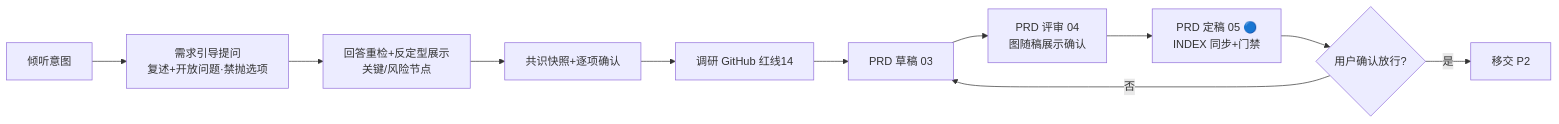
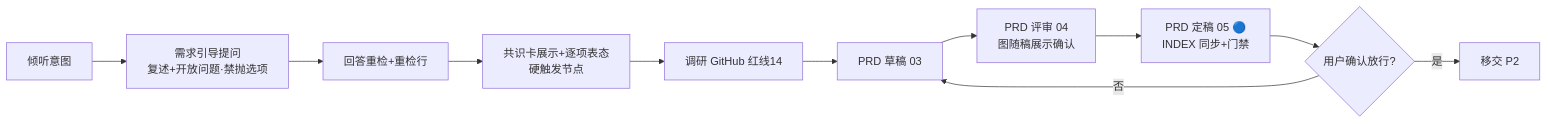
One commit to The-Daybreaker/project-spec changed the second of 14 diagrams in docs/FLOW.md. Above: the diagram before and after it, drawn with Mermaid. The commit also changed other lines of this file and 32 other files, not shown here.

Commit message:
feat(P3.5-P3.9): 测试模块+措辞扫描+共识卡+路线图+校验链 - PHASES测试子阶段、TEST-REPORT双区、scan_defensive双档、共识卡锚点断言、ROADMAP分层、smoke_init扩展全绿

````diff
--- a/docs/FLOW.md
+++ b/docs/FLOW.md
@@ -35,13 +35,13 @@
 ```mermaid
 flowchart LR
     A[倾听意图] --> B[需求引导提问<br/>复述+开放问题·禁抛选项]
-    B --> C[回答重检+反定型展示<br/>关键/风险节点]
-    C --> D[共识快照+逐项确认]
+    B --> C[回答重检+重检行]
+    C --> D[共识卡展示+逐项表态<br/>硬触发节点]
     D --> E[调研 GitHub 红线14]
     E --> F[PRD 草稿 03]
     F --> G[PRD 评审 04<br/>图随稿展示确认]
     G --> H[PRD 定稿 05 🔵<br/>INDEX 同步+门禁]
     H --> I{用户确认放行?}
     I -->|是| J[移交 P2]
     I -->|否| F
 ```
````
